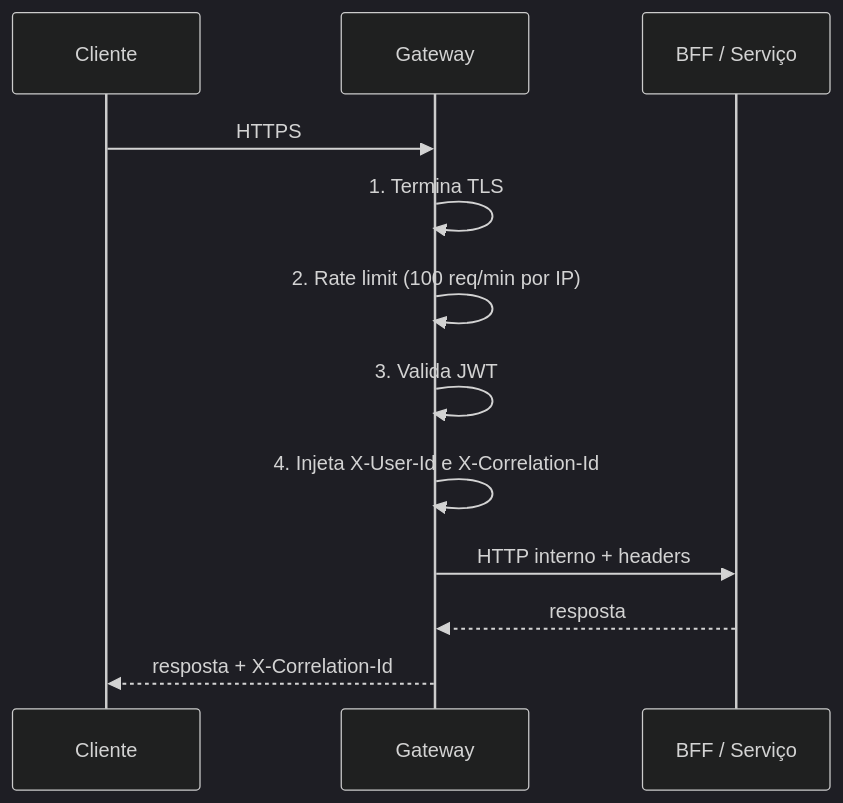
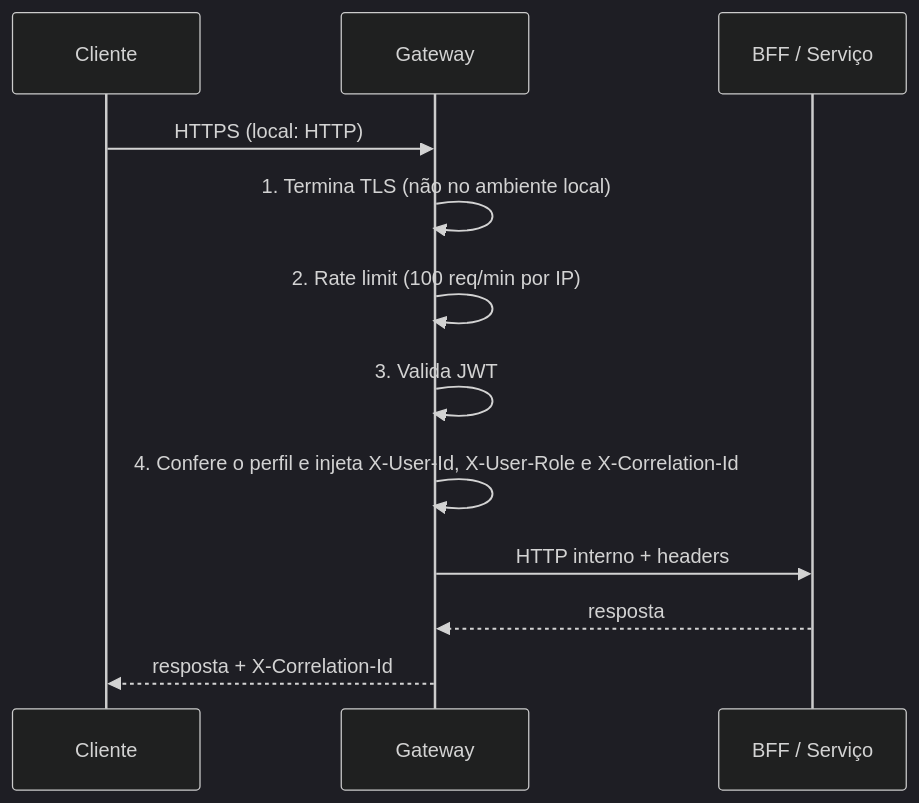
Before and after one commit to multiheros/saude-conecta: the third of 6 diagrams in ARCHITECTURE.md, drawn with Mermaid (dark theme). The commit also changed other lines of this file and 6 other files, not shown here.

````diff
--- a/ARCHITECTURE.md
+++ b/ARCHITECTURE.md
@@ -195,14 +195,14 @@
 ```mermaid
 sequenceDiagram
     participant C as Cliente
     participant G as Gateway
     participant B as BFF / Serviço
-    C->>G: HTTPS
-    G->>G: 1. Termina TLS
+    C->>G: HTTPS (local: HTTP)
+    G->>G: 1. Termina TLS (não no ambiente local)
     G->>G: 2. Rate limit (100 req/min por IP)
     G->>G: 3. Valida JWT
-    G->>G: 4. Injeta X-User-Id e X-Correlation-Id
+    G->>G: 4. Confere o perfil e injeta X-User-Id, X-User-Role e X-Correlation-Id
     G->>B: HTTP interno + headers
     B-->>G: resposta
     G-->>C: resposta + X-Correlation-Id
 ```
````
